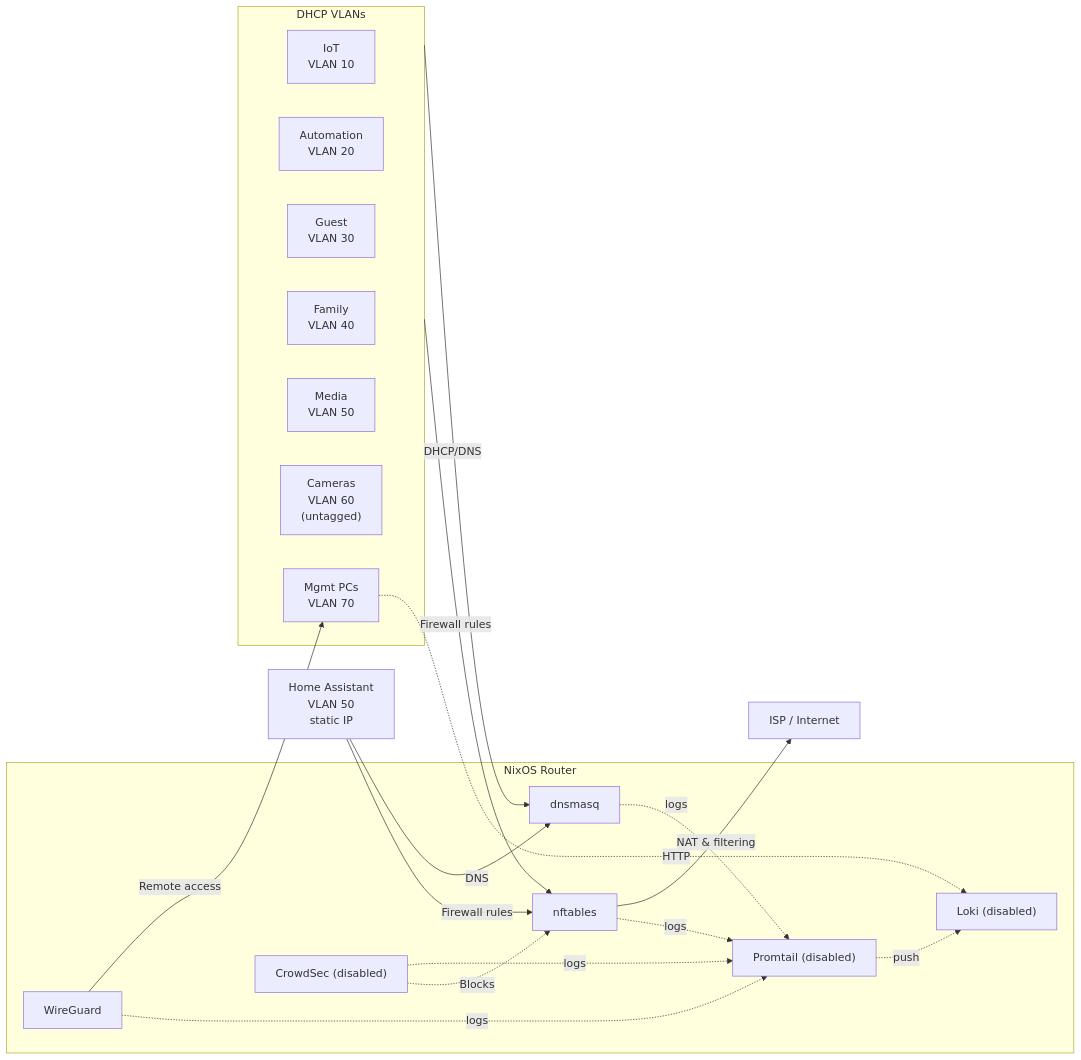
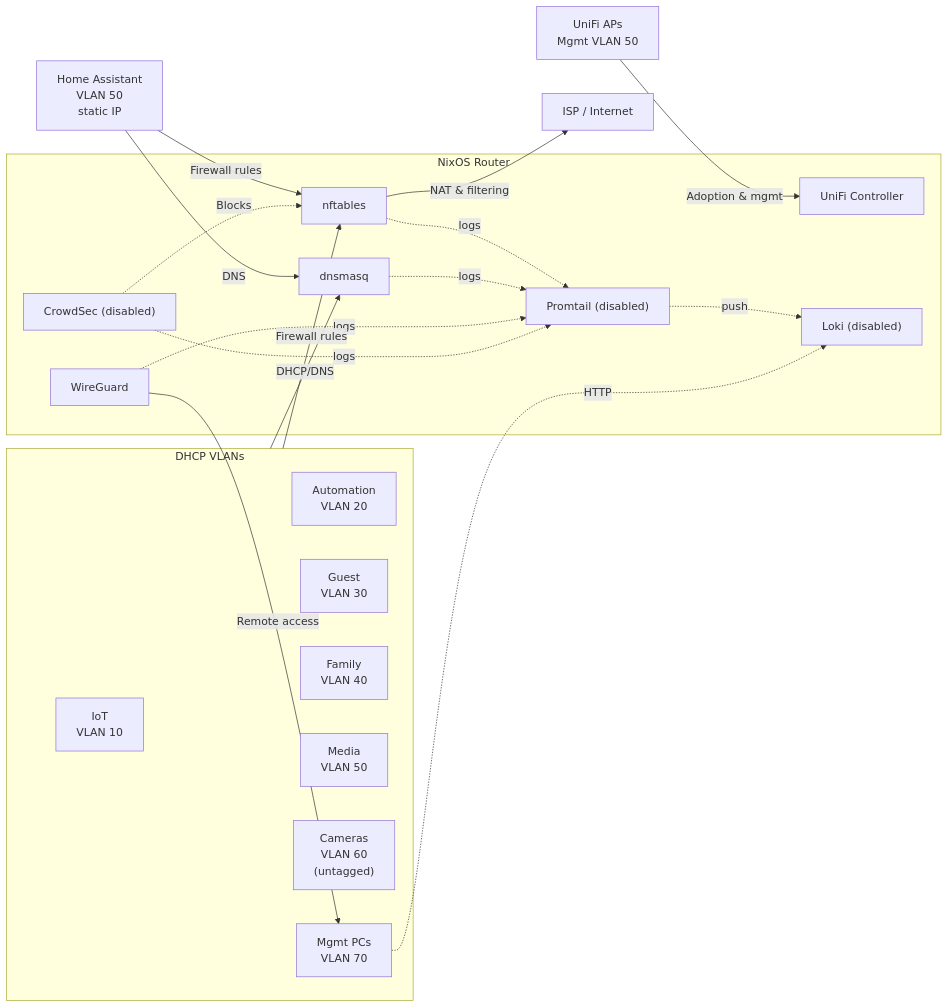
Before and after one commit to GEMISIS/home-network-setup: the first of 8 diagrams in SOFTWARE.md, drawn with Mermaid. The commit also changed other lines of this file and 1 other file, not shown here.

Commit message:
Document UniFi AP management

````diff
--- a/SOFTWARE.md
+++ b/SOFTWARE.md
@@ -19,41 +20,45 @@
 ```mermaid
 flowchart LR
     %% Router services
     subgraph Router["NixOS Router"]
         NF["nftables"]
         DM["dnsmasq"]
         WG["WireGuard"]
+        UC["UniFi Controller"]
         PR["Promtail (disabled)"]
         CS["CrowdSec (disabled)"]
         LK["Loki (disabled)"]
     end
 
     %% Networks
     subgraph DHCPVLANs["DHCP VLANs"]
         IoT["IoT</br>VLAN 10"]
         Auto["Automation</br>VLAN 20"]
         Guest["Guest</br>VLAN 30"]
         Family["Family</br>VLAN 40"]
         Media["Media</br>VLAN 50"]
         Cameras["Cameras</br>VLAN 60</br>(untagged)"]
         Mgmt["Mgmt PCs</br>VLAN 70"]
     end
     HA["Home Assistant</br>VLAN 50</br>static IP"]
 
     ISP["ISP / Internet"]
 
+    WAPs["UniFi APs</br>Mgmt VLAN 50"]
+
     %% Service links
     DHCPVLANs -->|"DHCP/DNS"| DM
     HA -->|"DNS"| DM
     DHCPVLANs -->|"Firewall rules"| NF
     HA -->|"Firewall rules"| NF
     NF -->|"NAT & filtering"| ISP
     WG -->|"Remote access"| Mgmt
+    WAPs -->|"Adoption & mgmt"| UC
     NF -.->|"logs"| PR
     DM -.->|"logs"| PR
     WG -.->|"logs"| PR
     CS -.->|"logs"| PR
     PR -.->|"push"| LK
     Mgmt -.->|"HTTP"| LK
     CS -.->|"Blocks"| NF
 ```
````
